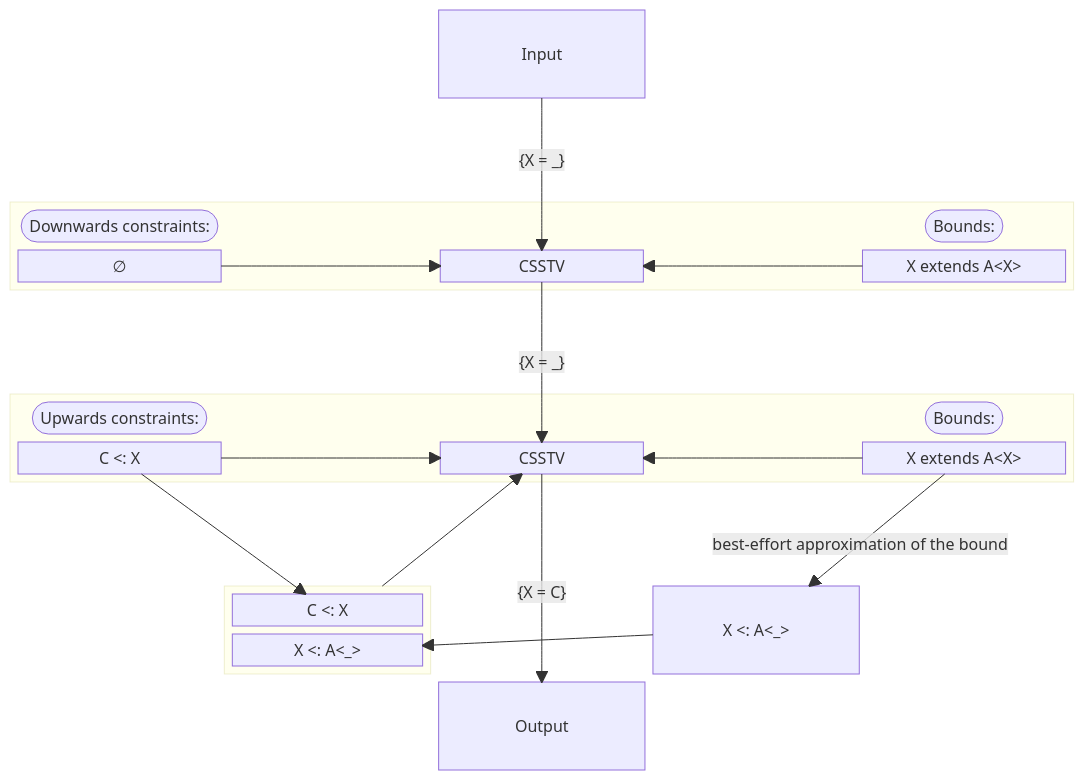
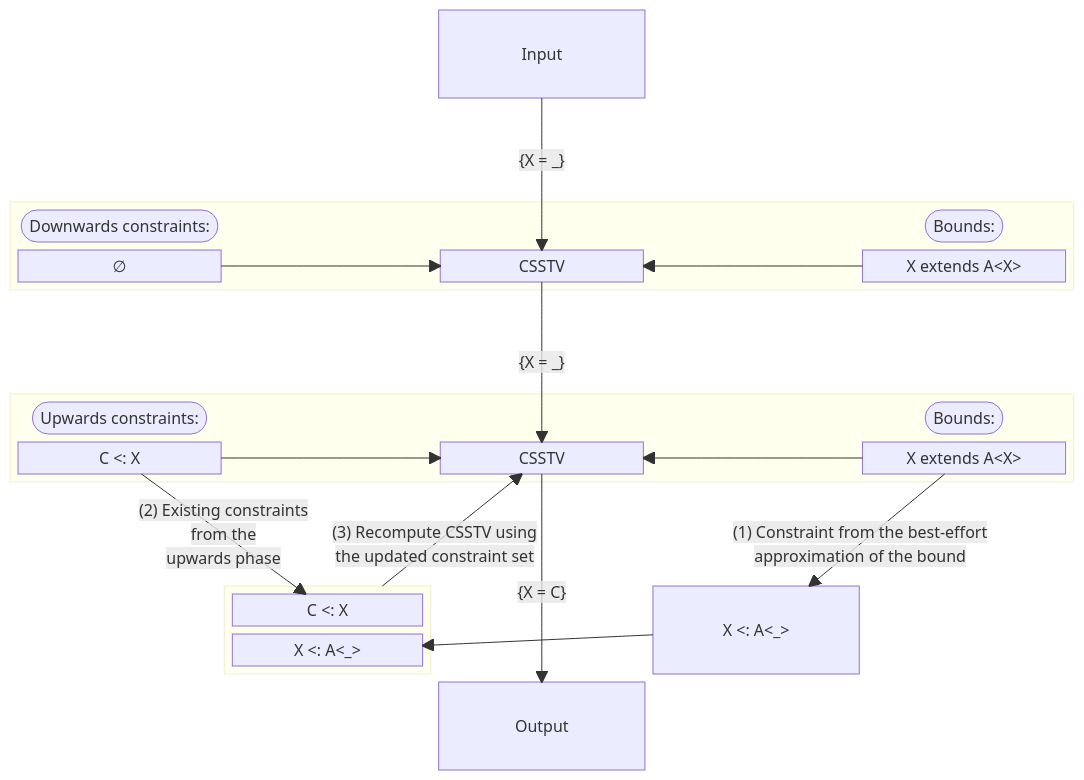
One commit to dart-lang/language changed the third of 4 diagrams in accepted/future-releases/3009-inference-using-bounds/design-document.md. Above: the diagram before and after it, drawn with Mermaid. The commit also changed other lines of this file, not shown here.

Commit message:
Add a clarifying paragraph to explain a subgraph in a diagram

````diff
--- a/accepted/future-releases/3009-inference-using-bounds/design-document.md
+++ b/accepted/future-releases/3009-inference-using-bounds/design-document.md
@@ -313,72 +317,72 @@
 ```mermaid
 block-beta
   columns 5
 
   space:2
   overallInput["Input"]
   space:2
 
   space:5
 
   block:downwards:5
     columns 5
 
     commentDownwardsConstraints(["Downwards constraints:"])
     space:3
     commentDownwardsBounds(["Bounds:"])
 
     constraintsDownwards["∅"]
     space
     csstvDownwards["CSSTV"]
     space
     boundsDownwards["X extends A&lt;X&gt;"]
   end
 
   space:5
 
   block:upwards:5
     columns 5
 
     commentUpwardsConstraints(["Upwards constraints:"])
     space:3
     commentUpwardsBounds(["Bounds:"])
 
     constraintsUpwards["C <: X"]
     space
     csstvUpwards["CSSTV"]
     space
     boundsUpwards["X extends A&lt;X&gt;"]
   end
 
   space:5
 
   space
   block:constraintsUpwardsUpdated:1
     columns 1
     constraintUpwards2["C <: X"]
     constraintUpwards1["X <: A&lt;_&gt;"]
   end
   space
   constraintGeneration["X <: A&lt;_&gt;"]
   space
 
   space:2
   overallOutput["Output"]
   space:2
 
   overallInput -- "{X = _}" --> csstvDownwards
 
   constraintsDownwards --> csstvDownwards
   boundsDownwards --> csstvDownwards
   csstvDownwards -- "{X = _}" --> csstvUpwards
 
   constraintGeneration --> constraintUpwards1
 
-  constraintsUpwards --> constraintUpwards2
+  constraintsUpwards -- "(2) Existing constraints\nfrom the\nupwards phase" --> constraintUpwards2
   constraintsUpwards --> csstvUpwards
   boundsUpwards --> csstvUpwards
-  boundsUpwards -- "best-effort approximation of the bound" --> constraintGeneration
-  constraintsUpwardsUpdated --> csstvUpwards
+  boundsUpwards -- "(1) Constraint from the best-effort\napproximation of the bound" --> constraintGeneration
+  constraintsUpwardsUpdated -- "(3) Recompute CSSTV using\nthe updated constraint set" --> csstvUpwards
 
   csstvUpwards -- "{X = C}" --> overallOutput
 ```
````
